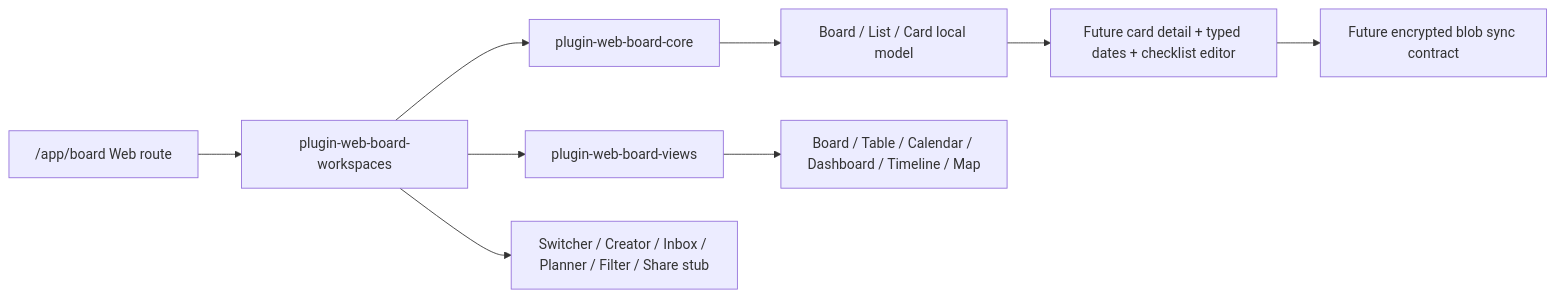
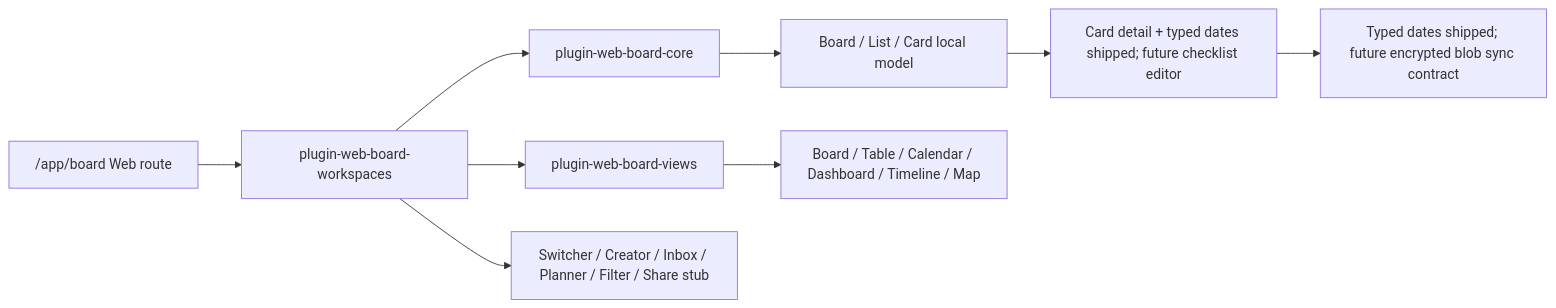
Before and after one commit to jinlong17/XAI_Desktop: the diagram in docs/workflow/roadmap/xai-web-project-module.md, drawn with Mermaid. The commit also changed other lines of this file and 2 other files, not shown here.

First line of the commit message:
docs(web-board-date-model): mark shipped

````diff
--- a/docs/workflow/roadmap/xai-web-project-module.md
+++ b/docs/workflow/roadmap/xai-web-project-module.md
@@ -50,11 +50,11 @@
 ```mermaid
 flowchart LR
   A["/app/board Web route"] --> B["plugin-web-board-workspaces"]
   B --> C["plugin-web-board-core"]
   B --> D["plugin-web-board-views"]
   C --> E["Board / List / Card local model"]
   D --> F["Board / Table / Calendar / Dashboard / Timeline / Map"]
   B --> G["Switcher / Creator / Inbox / Planner / Filter / Share stub"]
-  E --> H["Future card detail + typed dates + checklist editor"]
-  H --> I["Future encrypted blob sync contract"]
+  E --> H["Card detail + typed dates shipped; future checklist editor"]
+  H --> I["Typed dates shipped; future encrypted blob sync contract"]
 ```
````
